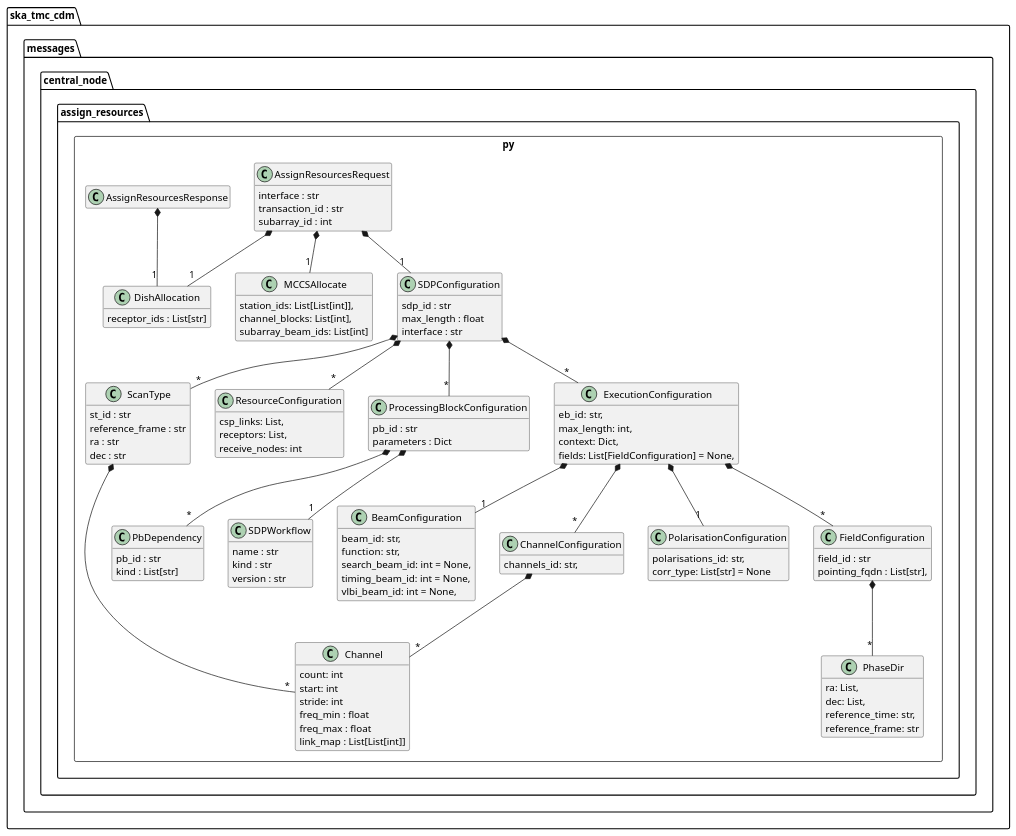
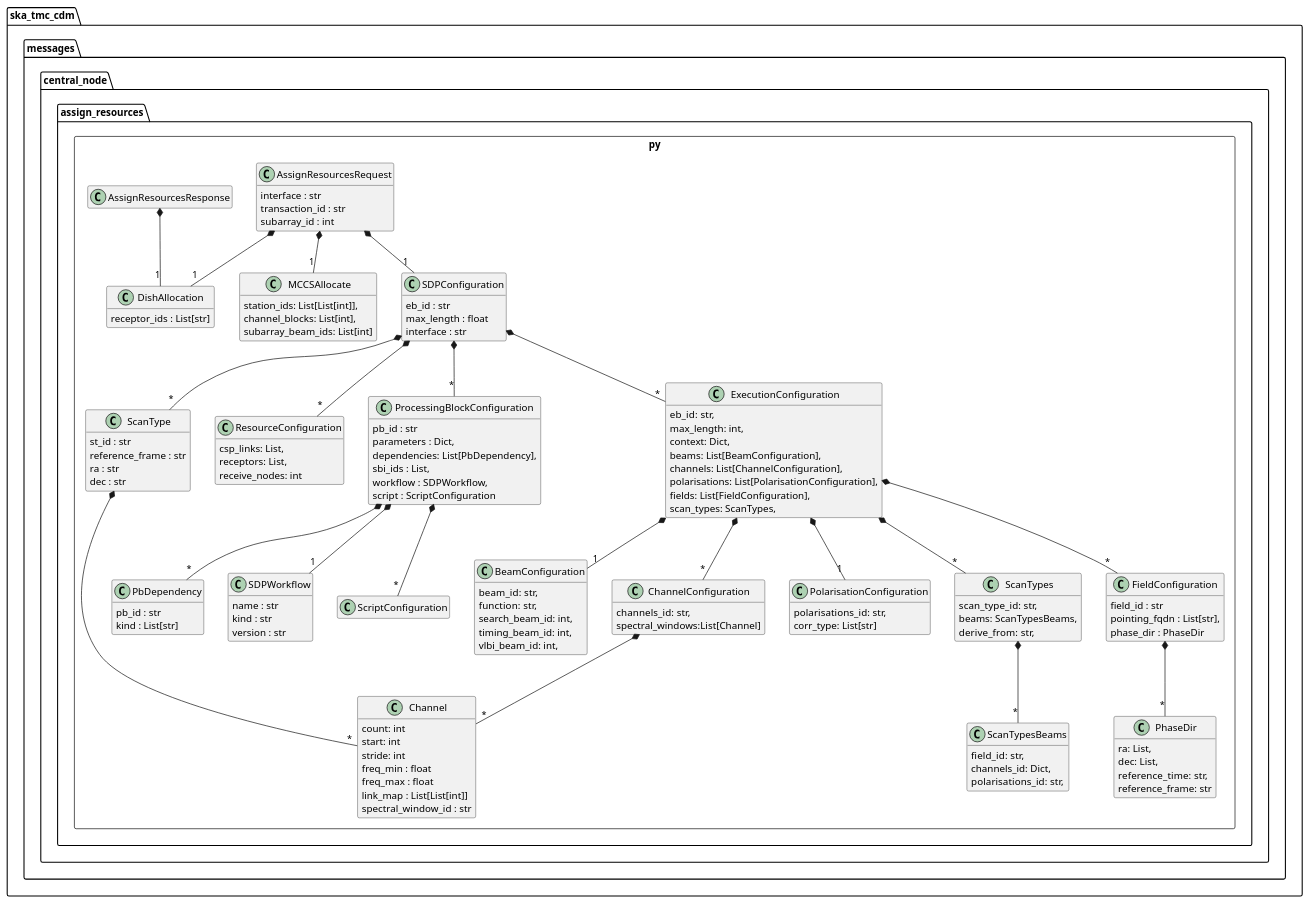
One commit to ska-telescope/cdm-shared-library changed the diagram in docs/src/developer/centralnode/assignresources.puml. Above: the diagram before and after it, drawn with PlantUML. The commit also changed 1 other file, not shown here.

```diff
--- a/docs/src/developer/centralnode/assignresources.puml
+++ b/docs/src/developer/centralnode/assignresources.puml
@@ -1,120 +1,146 @@
 @startuml
 hide empty members
 
 package ska_tmc_cdm.messages.central_node {
     package assign_resources.py <<Rectangle>> {
         class DishAllocation {
             receptor_ids : List[str]
         }
 
         class MCCSAllocate {
             station_ids: List[List[int]],
             channel_blocks: List[int],
             subarray_beam_ids: List[int]
         }
 
         class Channel {
             count: int
             start: int
             stride: int
             freq_min : float
             freq_max : float
             link_map : List[List[int]]
+            spectral_window_id : str
         }
 
         class ScanType {
             st_id : str
             reference_frame : str
             ra : str
             dec : str
         }
         ScanType *-- "*" Channel
 
         class PbDependency {
             pb_id : str
             kind : List[str]
         }
          class ResourceConfiguration {
             csp_links: List, 
             receptors: List,
             receive_nodes: int
         }
+        
         class PhaseDir {
             ra: List,
             dec: List, 
             reference_time: str, 
             reference_frame: str
         }
         class BeamConfiguration {
             beam_id: str,
             function: str,
-            search_beam_id: int = None,
-            timing_beam_id: int = None,
-            vlbi_beam_id: int = None,
+            search_beam_id: int,
+            timing_beam_id: int,
+            vlbi_beam_id: int,
         }
         class ChannelConfiguration {
-            channels_id: str, 
+            channels_id: str,
+            spectral_windows:List[Channel] 
         }
         ChannelConfiguration  *-- "*" Channel
+
         class PolarisationConfiguration {
             polarisations_id: str,
-            corr_type: List[str] = None  
+            corr_type: List[str]  
         }
+        class ScanTypesBeams {
+            field_id: str,
+            channels_id: Dict, 
+            polarisations_id: str, 
+        }
+        class ScanTypes {
+            scan_type_id: str,
+            beams: ScanTypesBeams, 
+            derive_from: str, 
+        }
+        ScanTypes  *-- "*" ScanTypesBeams
 
         class FieldConfiguration {
             field_id : str
             pointing_fqdn : List[str],
+            phase_dir : PhaseDir
         }
 
         FieldConfiguration  *-- "*" PhaseDir
 
         class SDPWorkflow {
             name : str
             kind : str
             version : str
         }
 
         class ProcessingBlockConfiguration {
             pb_id : str
-            parameters : Dict
+            parameters : Dict,
+            dependencies: List[PbDependency],
+            sbi_ids : List,
+            workflow : SDPWorkflow,
+            script : ScriptConfiguration
         }
         ProcessingBlockConfiguration  *-- "1" SDPWorkflow
         ProcessingBlockConfiguration  *-- "*" PbDependency
+        ProcessingBlockConfiguration  *-- "*" ScriptConfiguration
 
         class ExecutionConfiguration {
             eb_id: str,
             max_length: int,
             context: Dict,
-            fields: List[FieldConfiguration] = None,
+            beams: List[BeamConfiguration],
+            channels: List[ChannelConfiguration],
+            polarisations: List[PolarisationConfiguration],
+            fields: List[FieldConfiguration],
+            scan_types: ScanTypes,
         }
         ExecutionConfiguration  *-- "1" BeamConfiguration
         ExecutionConfiguration  *-- "*" ChannelConfiguration
         ExecutionConfiguration  *-- "1" PolarisationConfiguration
         ExecutionConfiguration  *-- "*" FieldConfiguration
+        ExecutionConfiguration  *-- "*" ScanTypes
 
         class SDPConfiguration {
-            sdp_id : str
+            eb_id : str
             max_length : float
             interface : str
         }
         SDPConfiguration *-- "*" ScanType
         SDPConfiguration *-- "*" ProcessingBlockConfiguration
         SDPConfiguration *-- "*" ExecutionConfiguration
         SDPConfiguration *-- "*" ResourceConfiguration
 
         class AssignResourcesRequest {
             interface : str
             transaction_id : str
             subarray_id : int
         }
 
         AssignResourcesRequest *-- "1" DishAllocation
         AssignResourcesRequest *-- "1" MCCSAllocate
         AssignResourcesRequest *-- "1" SDPConfiguration
 
         class AssignResourcesResponse
         AssignResourcesResponse *-- "1" DishAllocation
 	}
 }
 
 @enduml
```
